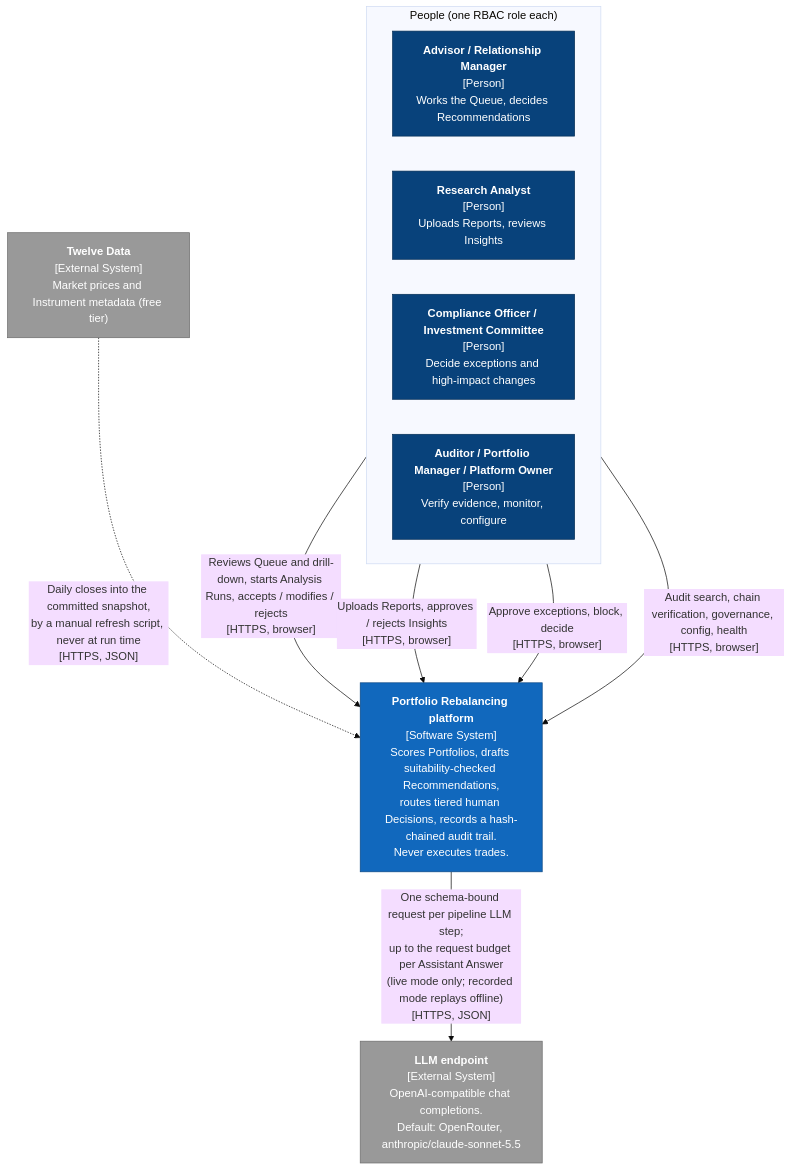
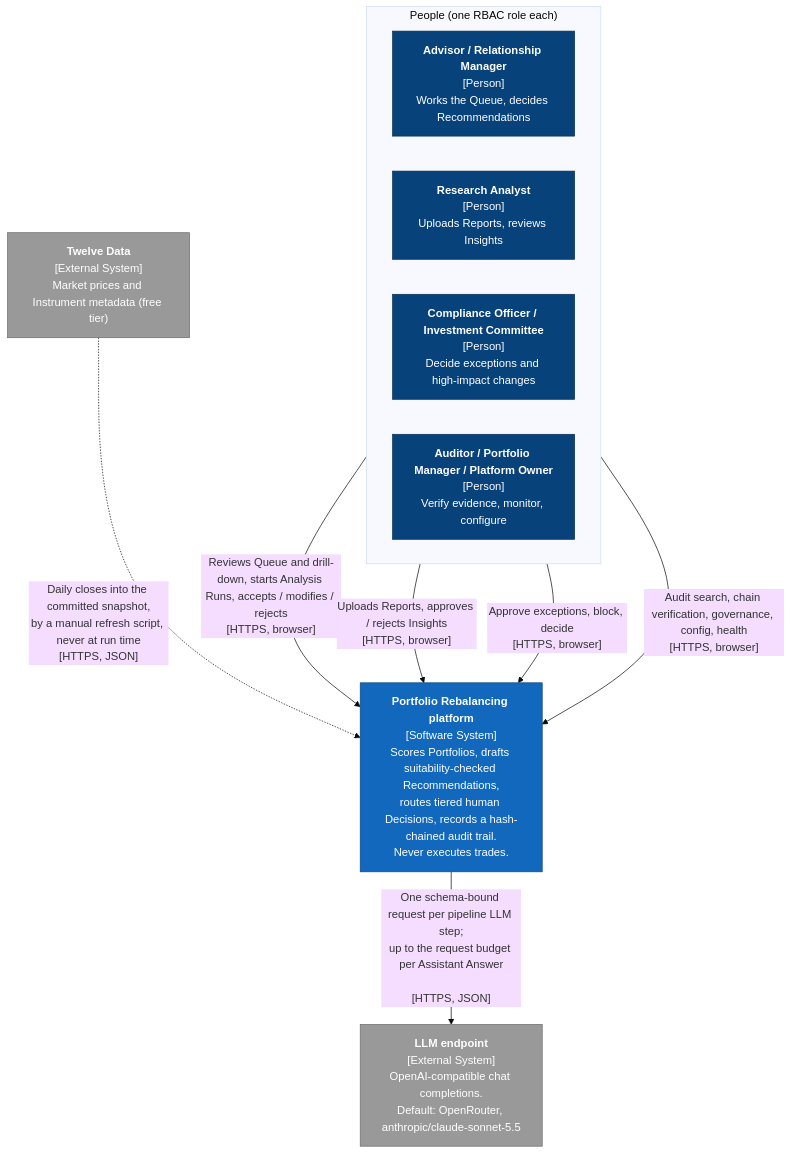
One commit to anir-kent/alpha-portfolio-ai changed the diagram in docs/architecture/03-context-and-scope.md. Above: the diagram before and after it, drawn with Mermaid (base theme). The commit also changed 189 other files, not shown here.

First line of the commit message:
Remove pydantic-ai, the replay path and recorded mode everywhere

````diff
--- a/docs/architecture/03-context-and-scope.md
+++ b/docs/architecture/03-context-and-scope.md
@@ -9,29 +9,29 @@
 ```mermaid
 flowchart TB
   subgraph people["People (one RBAC role each)"]
     direction LR
     advisor["<b>Advisor / Relationship Manager</b><br/>[Person]<br/>Works the Queue, decides Recommendations"]
     analyst["<b>Research Analyst</b><br/>[Person]<br/>Uploads Reports, reviews Insights"]
     approvers["<b>Compliance Officer / Investment Committee</b><br/>[Person]<br/>Decide exceptions and high-impact changes"]
     oversight["<b>Auditor / Portfolio Manager / Platform Owner</b><br/>[Person]<br/>Verify evidence, monitor, configure"]
   end
 
   platform["<b>Portfolio Rebalancing platform</b><br/>[Software System]<br/>Scores Portfolios, drafts suitability-checked Recommendations,<br/>routes tiered human Decisions, records a hash-chained audit trail.<br/>Never executes trades."]
 
   llm["<b>LLM endpoint</b><br/>[External System]<br/>OpenAI-compatible chat completions.<br/>Default: OpenRouter, anthropic/claude-sonnet-5.5"]
   twelve["<b>Twelve Data</b><br/>[External System]<br/>Market prices and Instrument metadata (free tier)"]
 
   advisor -->|"Reviews Queue and drill-down, starts Analysis Runs, accepts / modifies / rejects<br/>[HTTPS, browser]"| platform
   analyst -->|"Uploads Reports, approves / rejects Insights<br/>[HTTPS, browser]"| platform
   approvers -->|"Approve exceptions, block, decide<br/>[HTTPS, browser]"| platform
   oversight -->|"Audit search, chain verification, governance, config, health<br/>[HTTPS, browser]"| platform
-  platform -->|"One schema-bound request per pipeline LLM step;<br/>up to the request budget per Assistant Answer<br/>(live mode only; recorded mode replays offline)<br/>[HTTPS, JSON]"| llm
+  platform -->|"One schema-bound request per pipeline LLM step;<br/>up to the request budget per Assistant Answer<br/><br/>[HTTPS, JSON]"| llm
   twelve -.->|"Daily closes into the committed snapshot,<br/>by a manual refresh script, never at run time<br/>[HTTPS, JSON]"| platform
 
   classDef person fill:#08427b,stroke:#052e56,color:#ffffff
   classDef system fill:#1168bd,stroke:#0b4884,color:#ffffff
   classDef external fill:#999999,stroke:#6b6b6b,color:#ffffff
   class advisor,analyst,approvers,oversight person
   class platform system
   class llm,twelve external
 ```
````
